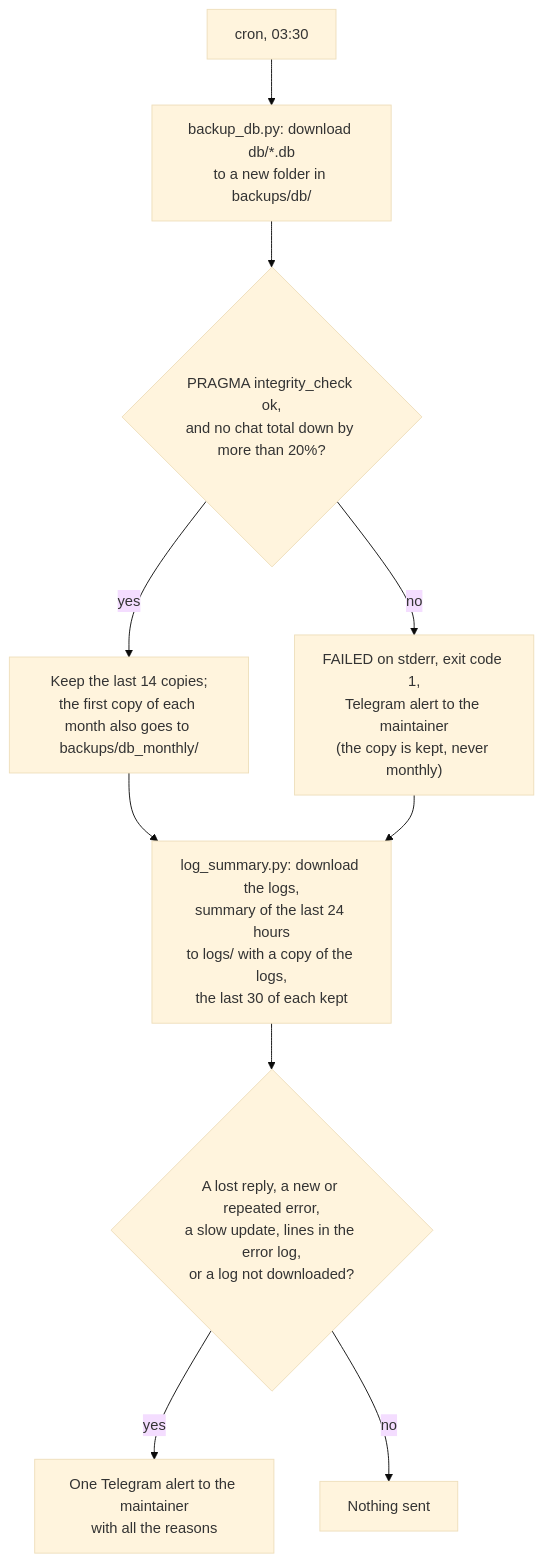
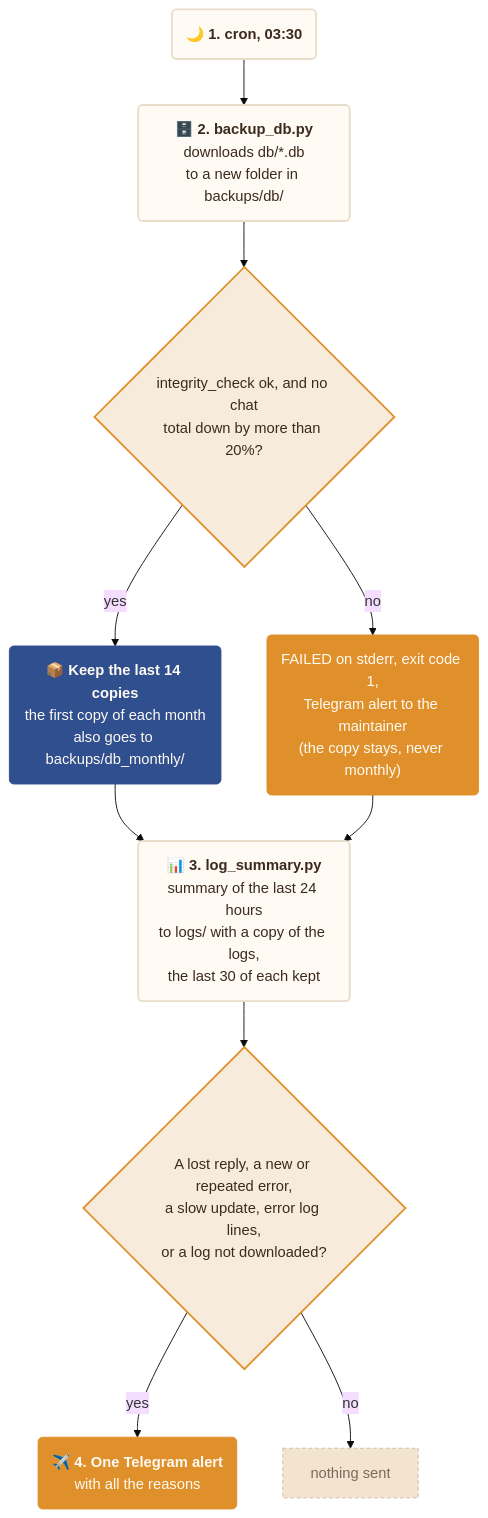
The second of 2 diagrams in docs/operations.md (francescoperrino/Caccometro), drawn with Mermaid (base theme) before and after one commit. The commit also changed other lines of this file and 10 other files, not shown here.

First line of the commit message:
Restyle the documentation diagrams and add workflow infographics (#194)

````diff
--- a/docs/operations.md
+++ b/docs/operations.md
@@ -54,12 +55,30 @@
 ```mermaid
 flowchart TD
-    cron["cron, 03:30"] --> download["backup_db.py: download db/*.db<br/>to a new folder in backups/db/"]
-    download --> check{"PRAGMA integrity_check ok,<br/>and no chat total down by more than 20%?"}
-    check -->|"yes"| keep["Keep the last 14 copies;<br/>the first copy of each month also goes to backups/db_monthly/"]
-    check -->|"no"| failed["FAILED on stderr, exit code 1,<br/>Telegram alert to the maintainer<br/>(the copy is kept, never monthly)"]
-    keep --> summary
-    failed --> summary["log_summary.py: download the logs,<br/>summary of the last 24 hours<br/>to logs/ with a copy of the logs,<br/>the last 30 of each kept"]
-    summary --> new{"A lost reply, a new or repeated error,<br/>a slow update, lines in the error log,<br/>or a log not downloaded?"}
-    new -->|"yes"| alert["One Telegram alert to the maintainer<br/>with all the reasons"]
-    new -->|"no"| done["Nothing sent"]
+    cron("🌙 <b>1. cron, 03:30</b>")
+    download("🗄️ <b>2. backup_db.py</b><br/>downloads db/*.db<br/>to a new folder in backups/db/")
+    healthy{"integrity_check ok, and no chat<br/>total down by more than 20%?"}
+    keep("📦 <b>Keep the last 14 copies</b><br/>the first copy of each month<br/>also goes to backups/db_monthly/")
+    failed("FAILED on stderr, exit code 1,<br/>Telegram alert to the maintainer<br/>(the copy stays, never monthly)")
+    summary("📊 <b>3. log_summary.py</b><br/>summary of the last 24 hours<br/>to logs/ with a copy of the logs,<br/>the last 30 of each kept")
+    wrong{"A lost reply, a new or repeated error,<br/>a slow update, error log lines,<br/>or a log not downloaded?"}
+    alert("✈️ <b>4. One Telegram alert</b><br/>with all the reasons")
+    quiet["nothing sent"]
+    cron --> download --> healthy
+    healthy -->|"yes"| keep --> summary
+    healthy -->|"no"| failed --> summary
+    summary --> wrong
+    wrong -->|"yes"| alert
+    wrong -->|"no"| quiet
+    classDef step fill:#fffaf3,stroke:#eadccb,stroke-width:2px,color:#3b2a1e
+    classDef main fill:#2f4f8f,stroke:#2f4f8f,color:#fffaf3
+    classDef person fill:#5c4f42,stroke:#5c4f42,color:#fffaf3
+    classDef check fill:#f7ecdc,stroke:#e0902b,stroke-width:2px,color:#3b2a1e
+    classDef detail fill:#f7ecdc,stroke:#eadccb,color:#3b2a1e
+    classDef alert fill:#e0902b,stroke:#e0902b,color:#fffaf3
+    classDef stop fill:#f3e4d0,stroke:#cbbca9,stroke-dasharray:4 3,color:#7a6a5c
+    class cron,download,summary step
+    class keep main
+    class healthy,wrong check
+    class failed,alert alert
+    class quiet stop
 ```
````
